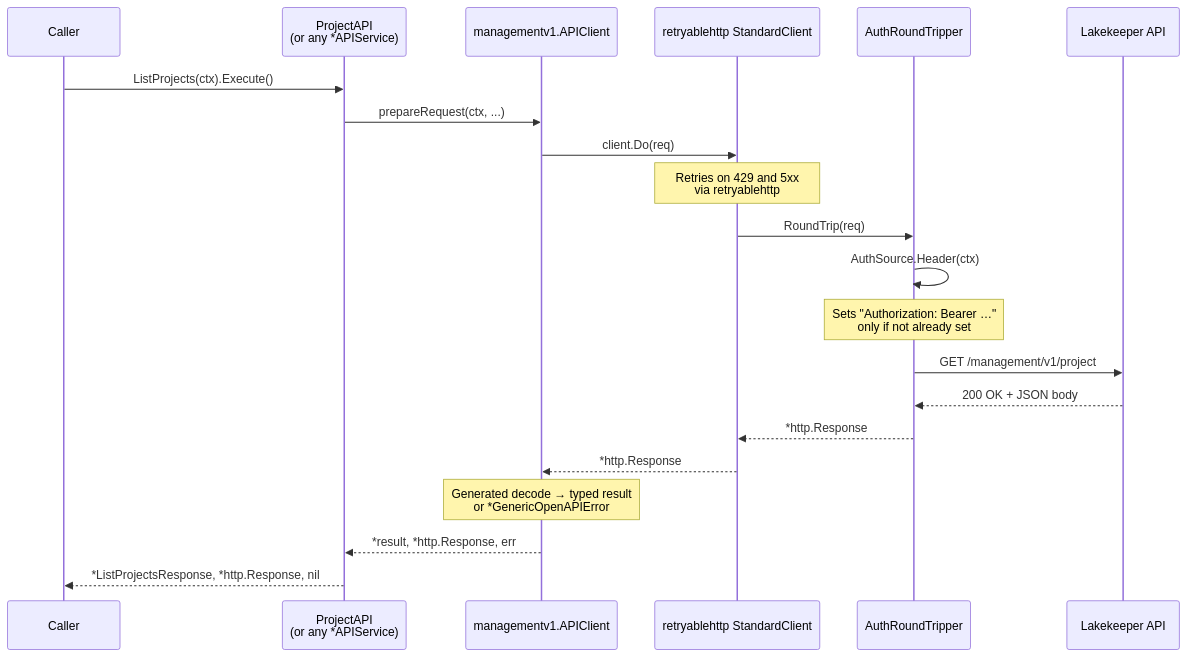
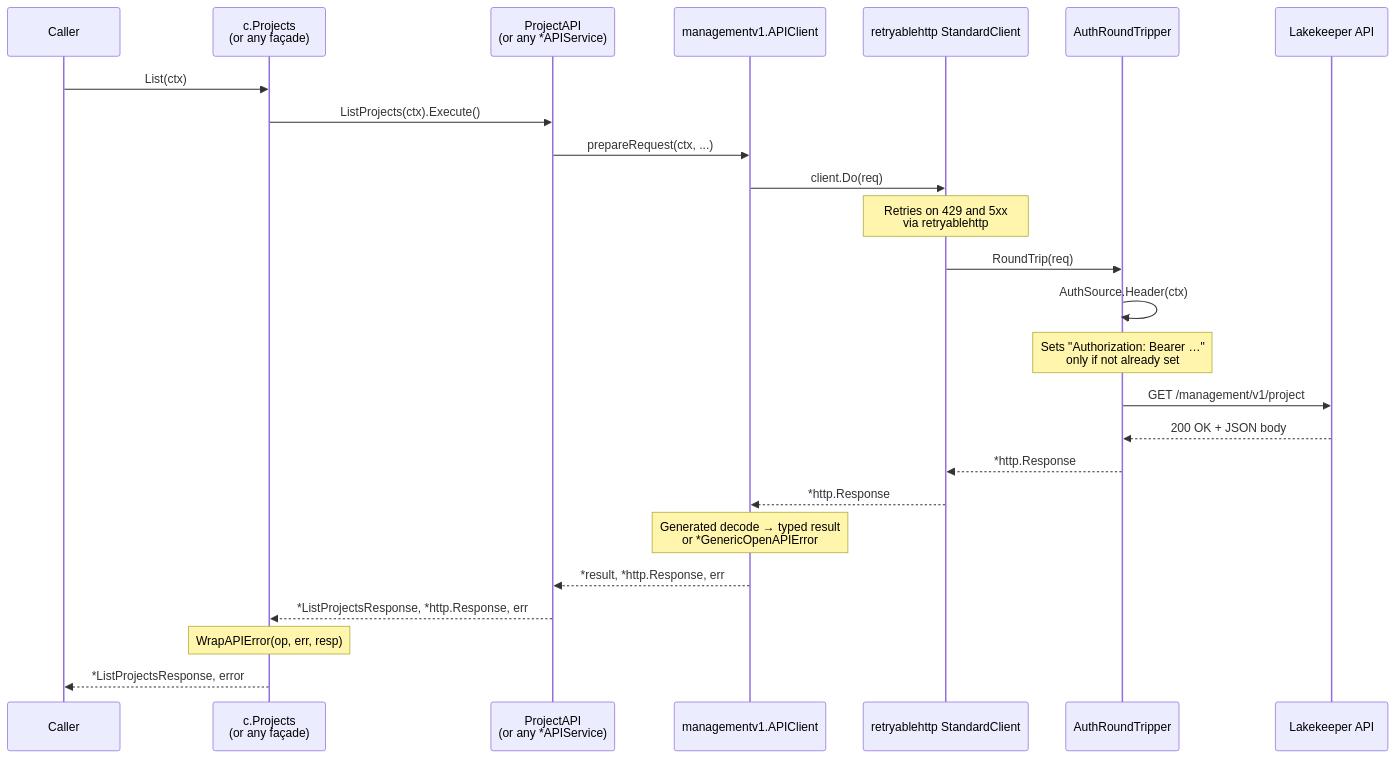
The third of 3 diagrams in docs/ARCHITECTURE.md (lakekeeper/go-lakekeeper), drawn with Mermaid before and after one commit. The commit also changed other lines of this file and 64 other files, not shown here.

````diff
--- a/docs/ARCHITECTURE.md
+++ b/docs/ARCHITECTURE.md
@@ -89,24 +102,28 @@
 ```mermaid
 sequenceDiagram
     participant Caller
+    participant Facade as c.Projects<br/>(or any façade)
     participant Service as ProjectAPI<br/>(or any *APIService)
     participant APIClient as managementv1.APIClient
     participant HTTP as retryablehttp StandardClient
     participant Auth as AuthRoundTripper
     participant API as Lakekeeper API
 
-    Caller->>Service: ListProjects(ctx).Execute()
+    Caller->>Facade: List(ctx)
+    Facade->>Service: ListProjects(ctx).Execute()
     Service->>APIClient: prepareRequest(ctx, ...)
     APIClient->>HTTP: client.Do(req)
     Note over HTTP: Retries on 429 and 5xx<br/>via retryablehttp
     HTTP->>Auth: RoundTrip(req)
     Auth->>Auth: AuthSource.Header(ctx)
     Note over Auth: Sets "Authorization: Bearer …"<br/>only if not already set
     Auth->>API: GET /management/v1/project
     API-->>Auth: 200 OK + JSON body
     Auth-->>HTTP: *http.Response
     HTTP-->>APIClient: *http.Response
     Note over APIClient: Generated decode → typed result<br/>or *GenericOpenAPIError
     APIClient-->>Service: *result, *http.Response, err
-    Service-->>Caller: *ListProjectsResponse, *http.Response, nil
+    Service-->>Facade: *ListProjectsResponse, *http.Response, err
+    Note over Facade: WrapAPIError(op, err, resp)
+    Facade-->>Caller: *ListProjectsResponse, error
 ```
````
